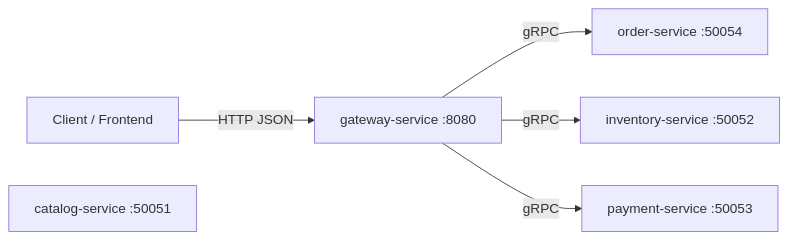
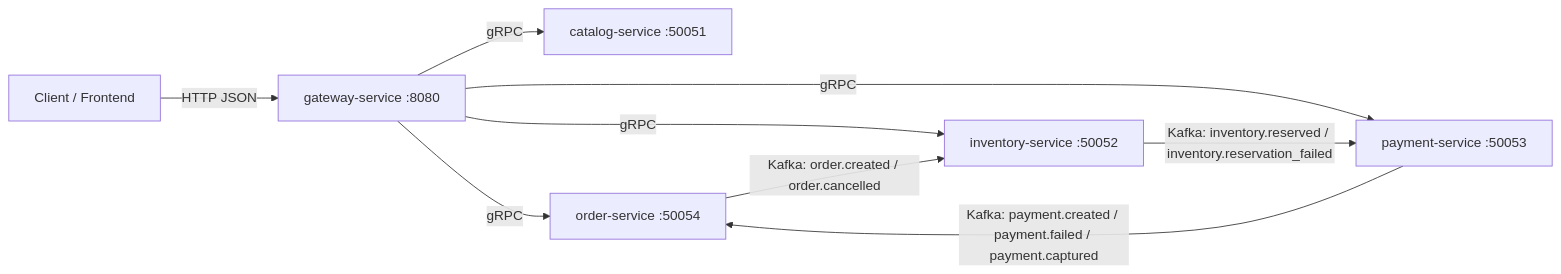
Before and after one commit to VladFCS/event-driven-ecommerce: the first of 2 diagrams in README.md, drawn with Mermaid. The commit also changed other lines of this file and 1 other file, not shown here.

````diff
--- a/README.md
+++ b/README.md
@@ -26,8 +25,12 @@
 ```mermaid
 flowchart LR
     Client["Client / Frontend"] -->|HTTP JSON| Gateway["gateway-service :8080"]
+    Gateway -->|gRPC| Catalog["catalog-service :50051"]
     Gateway -->|gRPC| Order["order-service :50054"]
     Gateway -->|gRPC| Inventory["inventory-service :50052"]
     Gateway -->|gRPC| Payment["payment-service :50053"]
-    Catalog["catalog-service :50051"]
+
+    Order -->|Kafka: order.created / order.cancelled| Inventory
+    Inventory -->|Kafka: inventory.reserved / inventory.reservation_failed| Payment
+    Payment -->|Kafka: payment.created / payment.failed / payment.captured| Order
 ```
````
